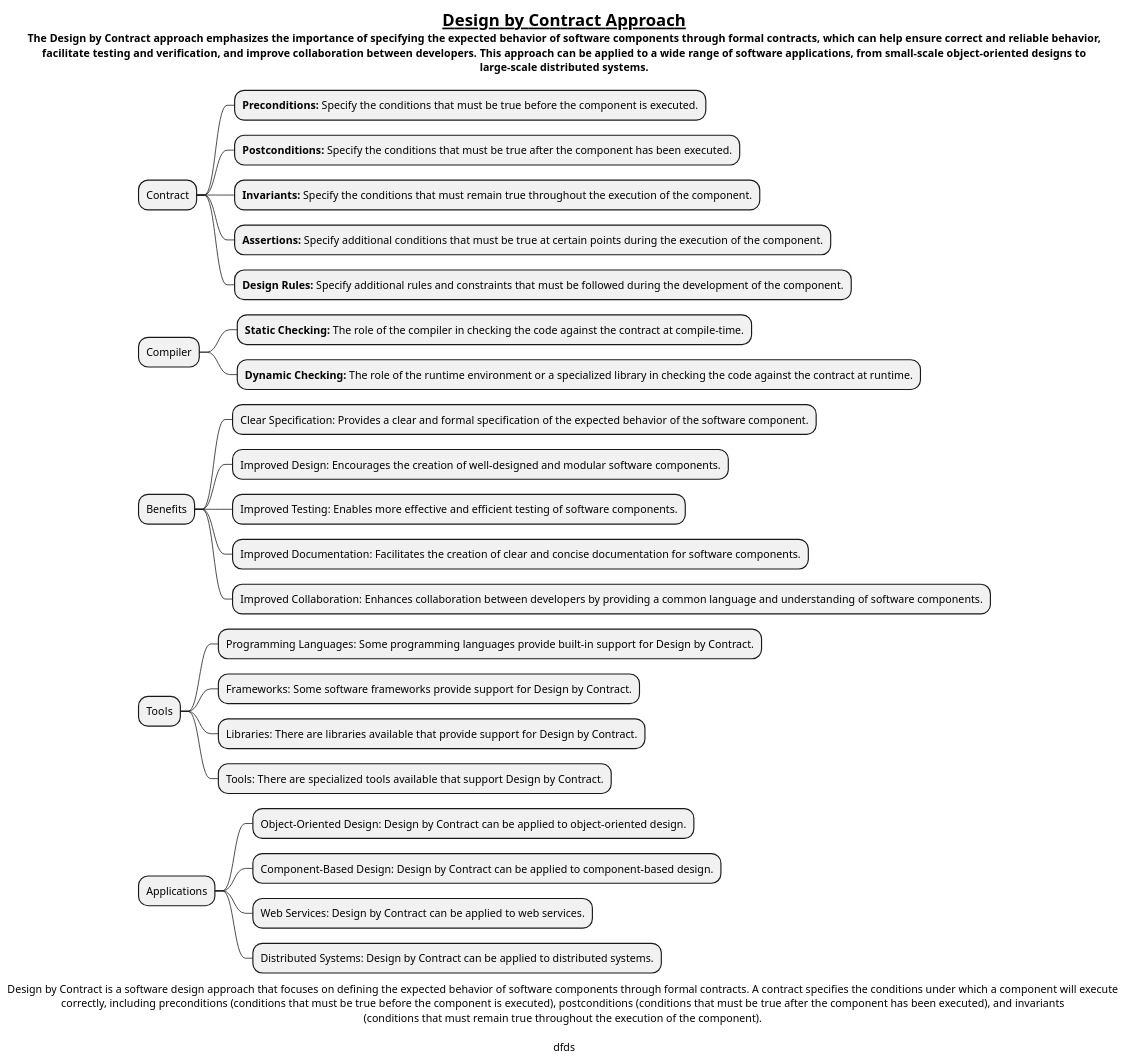
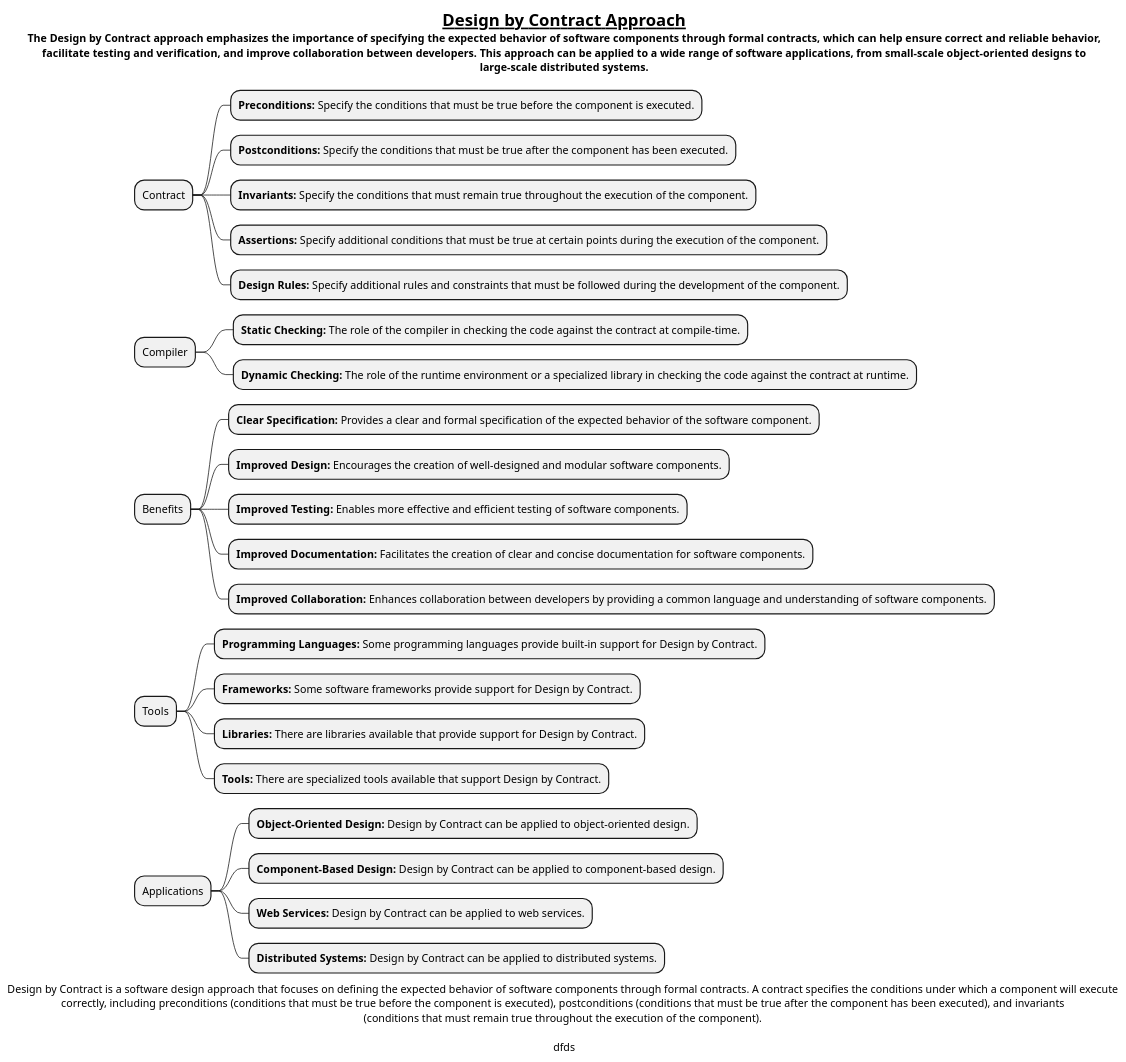
Before and after one commit to MehmoodHashmi/Documentation-as-Code-DaC: the diagram in docs/programming-languages/Design-by-Contract-Approach.puml, drawn with PlantUML. The commit also changed 11 other files, not shown here.

Commit message:
added new mindmaps

```diff
--- a/docs/programming-languages/Design-by-Contract-Approach.puml
+++ b/docs/programming-languages/Design-by-Contract-Approach.puml
@@ -1,36 +1,36 @@
 @startmindmap
 
 title =__Design by Contract Approach__\nThe Design by Contract approach emphasizes the importance of specifying the expected behavior of software components through formal contracts, which can help ensure correct and reliable behavior,\n facilitate testing and verification, and improve collaboration between developers. This approach can be applied to a wide range of software applications, from small-scale object-oriented designs to \nlarge-scale distributed systems.
 
 caption Design by Contract is a software design approach that focuses on defining the expected behavior of software components through formal contracts. A contract specifies the conditions under which a component will execute \ncorrectly, including preconditions (conditions that must be true before the component is executed), postconditions (conditions that must be true after the component has been executed), and invariants \n(conditions that must remain true throughout the execution of the component). \n\ndfds
 
 
 
 * Contract
 ** **Preconditions:** Specify the conditions that must be true before the component is executed.
 ** **Postconditions:** Specify the conditions that must be true after the component has been executed.
 ** **Invariants:** Specify the conditions that must remain true throughout the execution of the component.
 ** **Assertions:** Specify additional conditions that must be true at certain points during the execution of the component.
 ** **Design Rules:** Specify additional rules and constraints that must be followed during the development of the component.
 * Compiler
 ** **Static Checking:** The role of the compiler in checking the code against the contract at compile-time.
 ** **Dynamic Checking:** The role of the runtime environment or a specialized library in checking the code against the contract at runtime.
 * Benefits
-** Clear Specification: Provides a clear and formal specification of the expected behavior of the software component.
-** Improved Design: Encourages the creation of well-designed and modular software components.
-** Improved Testing: Enables more effective and efficient testing of software components.
-** Improved Documentation: Facilitates the creation of clear and concise documentation for software components.
-** Improved Collaboration: Enhances collaboration between developers by providing a common language and understanding of software components.
+** **Clear Specification:** Provides a clear and formal specification of the expected behavior of the software component.
+** **Improved Design:** Encourages the creation of well-designed and modular software components.
+** **Improved Testing:** Enables more effective and efficient testing of software components.
+** **Improved Documentation:** Facilitates the creation of clear and concise documentation for software components.
+** **Improved Collaboration:** Enhances collaboration between developers by providing a common language and understanding of software components.
 * Tools
-** Programming Languages: Some programming languages provide built-in support for Design by Contract.
-** Frameworks: Some software frameworks provide support for Design by Contract.
-** Libraries: There are libraries available that provide support for Design by Contract.
-** Tools: There are specialized tools available that support Design by Contract.
+** **Programming Languages:** Some programming languages provide built-in support for Design by Contract.
+** **Frameworks:** Some software frameworks provide support for Design by Contract.
+** **Libraries:** There are libraries available that provide support for Design by Contract.
+** **Tools:** There are specialized tools available that support Design by Contract.
 * Applications
-** Object-Oriented Design: Design by Contract can be applied to object-oriented design.
-** Component-Based Design: Design by Contract can be applied to component-based design.
-** Web Services: Design by Contract can be applied to web services.
-** Distributed Systems: Design by Contract can be applied to distributed systems.
+** **Object-Oriented Design:** Design by Contract can be applied to object-oriented design.
+** **Component-Based Design:** Design by Contract can be applied to component-based design.
+** **Web Services:** Design by Contract can be applied to web services.
+** **Distributed Systems:** Design by Contract can be applied to distributed systems.
 
 
 @endmindmap
```
